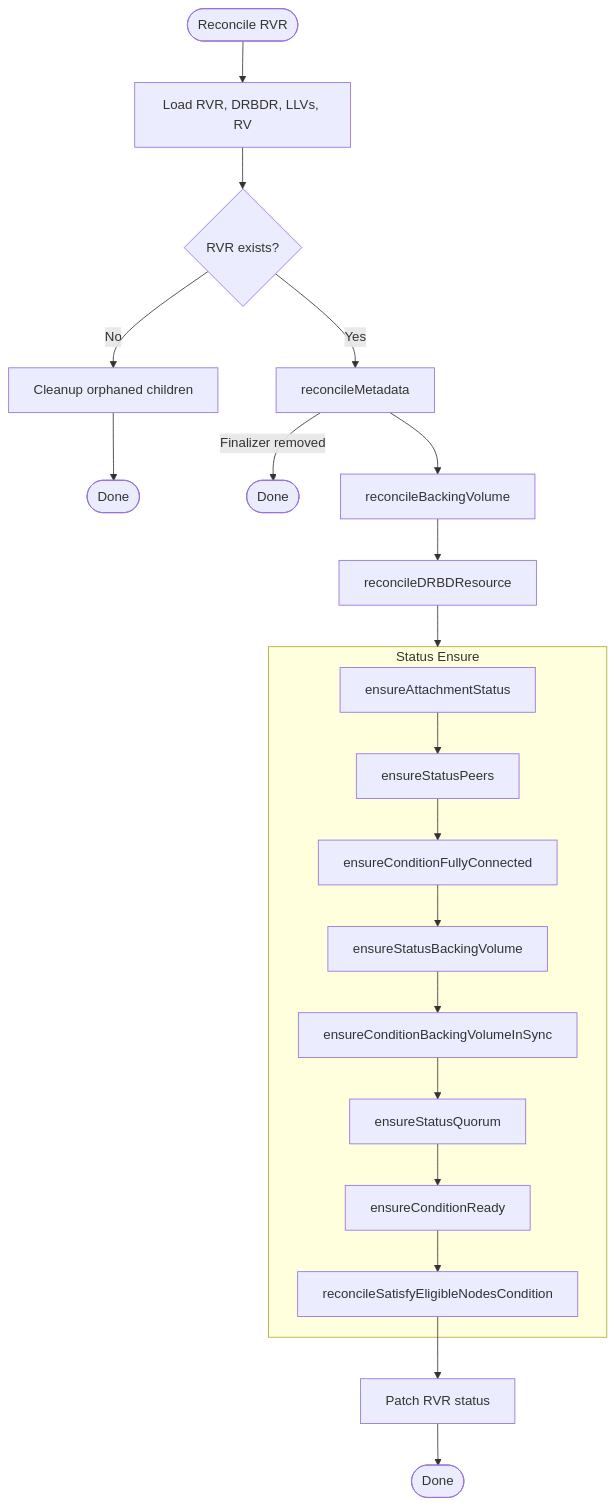
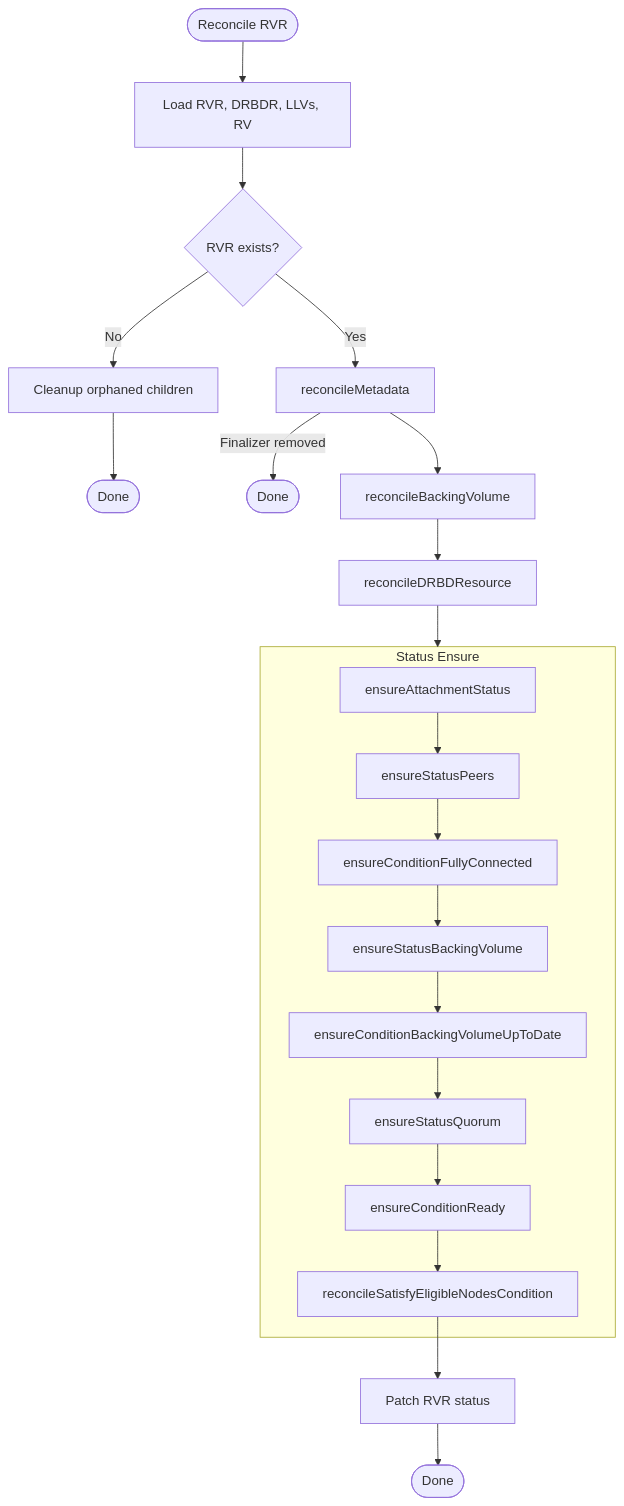
Before and after one commit to deckhouse/sds-replicated-volume: the first of 12 diagrams in images/controller/internal/controllers/rvr_controller/README.md, drawn with Mermaid. The commit also changed other lines of this file and 4 other files, not shown here.

First line of the commit message:
[api] Rename BackingVolumeInSync condition to BackingVolumeUpToDate

````diff
--- a/images/controller/internal/controllers/rvr_controller/README.md
+++ b/images/controller/internal/controllers/rvr_controller/README.md
@@ -117,29 +117,29 @@
 ```mermaid
 flowchart TD
     Start([Reconcile RVR]) --> Load[Load RVR, DRBDR, LLVs, RV]
     Load --> CheckExists{RVR exists?}
 
     CheckExists -->|No| Cleanup[Cleanup orphaned children]
     Cleanup --> Done1([Done])
 
     CheckExists -->|Yes| Meta[reconcileMetadata]
     Meta -->|Finalizer removed| Done2([Done])
     Meta --> BV[reconcileBackingVolume]
     BV --> DRBDR[reconcileDRBDResource]
 
     DRBDR --> StatusBlock
 
     subgraph StatusBlock [Status Ensure]
         Attach[ensureAttachmentStatus]
         Attach --> Peers[ensureStatusPeers]
         Peers --> PeersCond[ensureConditionFullyConnected]
         PeersCond --> BVStatus[ensureStatusBackingVolume]
-        BVStatus --> BVInSync[ensureConditionBackingVolumeInSync]
+        BVStatus --> BVInSync[ensureConditionBackingVolumeUpToDate]
         BVInSync --> StatusQuorum[ensureStatusQuorum]
         StatusQuorum --> CondReady[ensureConditionReady]
         CondReady --> SEN[reconcileSatisfyEligibleNodesCondition]
     end
 
     SEN --> Patch[Patch RVR status]
     Patch --> EndNode([Done])
 ```
````
